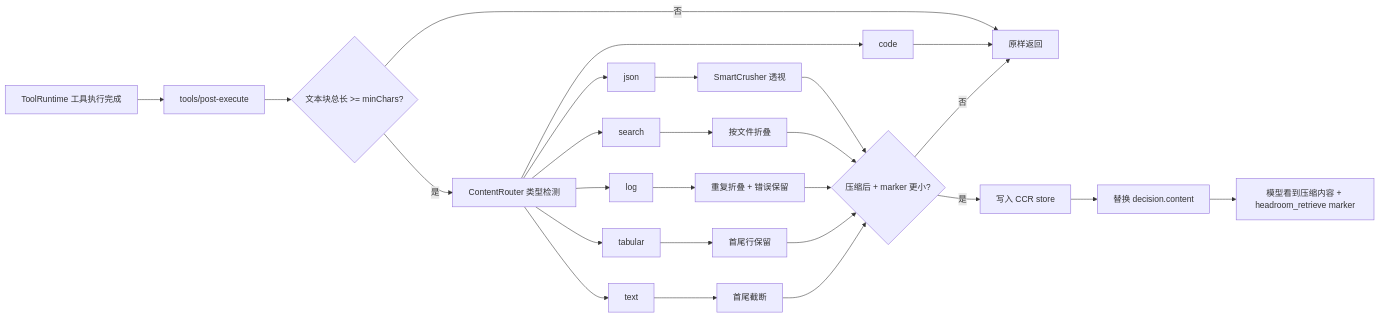
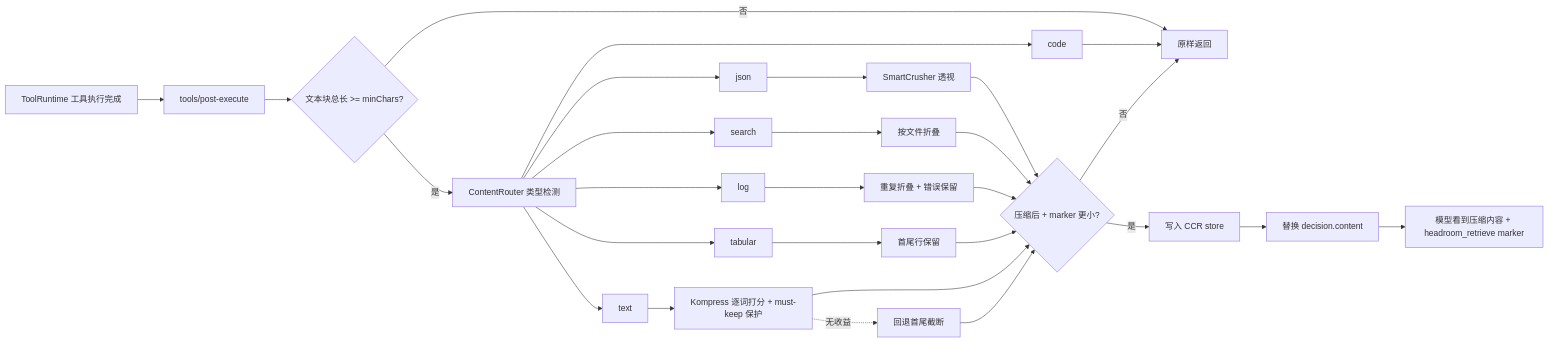
Before and after one commit to giter00/dsh-headroom: the diagram in README.md, drawn with Mermaid. The commit also changed other lines of this file and 8 other files, not shown here.

First line of the commit message:
feat: add Kompress-style ML text compression and harden routing

````diff
--- a/README.md
+++ b/README.md
@@ -49,18 +59,19 @@
 ```mermaid
 flowchart LR
   A[ToolRuntime 工具执行完成] --> B[tools/post-execute]
   B --> C{文本块总长 >= minChars?}
   C -- 否 --> Z[原样返回]
   C -- 是 --> D[ContentRouter 类型检测]
   D --> E[json] --> E1[SmartCrusher 透视]
   D --> F[search] --> F1[按文件折叠]
   D --> G[log] --> G1[重复折叠 + 错误保留]
   D --> H[tabular] --> H1[首尾行保留]
-  D --> I[text] --> I1[首尾截断]
+  D --> I[text] --> I1[Kompress 逐词打分 + must-keep 保护]
+  I1 -. 无收益 .-> I2[回退首尾截断]
   D --> J[code] --> Z
-  E1 & F1 & G1 & H1 & I1 --> K{压缩后 + marker 更小?}
+  E1 & F1 & G1 & H1 & I1 & I2 --> K{压缩后 + marker 更小?}
   K -- 否 --> Z
   K -- 是 --> L[写入 CCR store]
   L --> M[替换 decision.content]
   M --> N[模型看到压缩内容 + headroom_retrieve marker]
 ```
````
